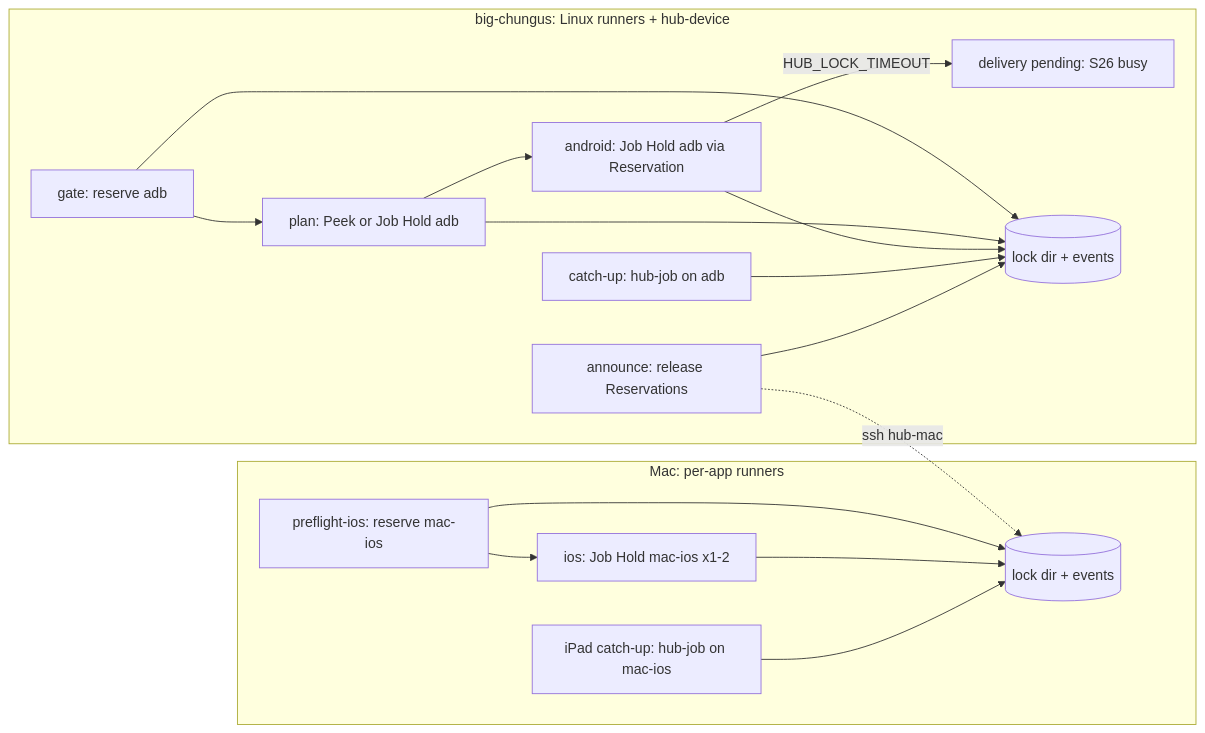
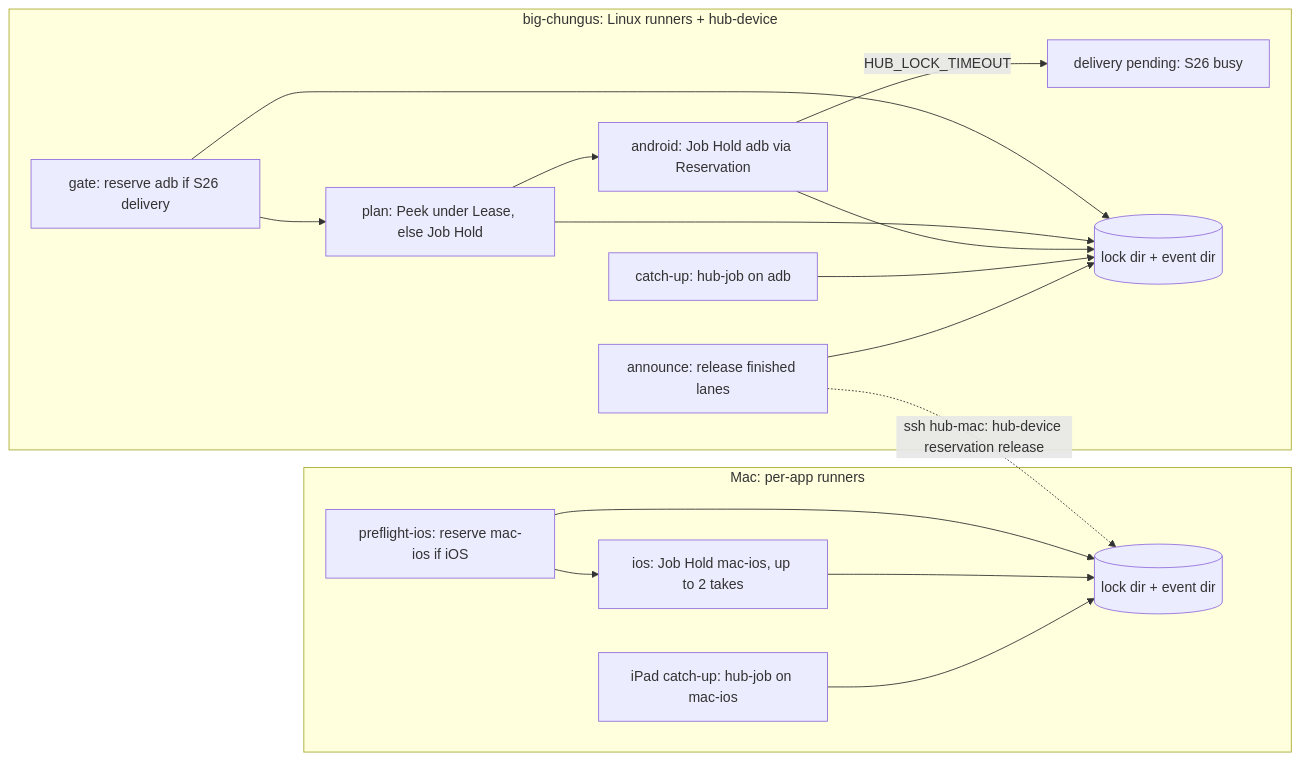
Before and after one commit to delorenj/mobile-deploy-hub: the second of 2 diagrams in _bmad-output/planning-artifacts/architecture/architecture-mobile-deploy-hub-v1a-2026-11-23/ARCHITECTURE-SPINE.md, drawn with Mermaid. The commit also changed other lines of this file and 1 other file, not shown here.

Commit message:
docs(arch): v1a spine final: reviewer gate fixes (AD-20 freeze set, AD-21 lane groups, reservation dirs, queueView, tombstone reclaim)

````diff
--- a/_bmad-output/planning-artifacts/architecture/architecture-mobile-deploy-hub-v1a-2026-11-23/ARCHITECTURE-SPINE.md
+++ b/_bmad-output/planning-artifacts/architecture/architecture-mobile-deploy-hub-v1a-2026-11-23/ARCHITECTURE-SPINE.md
@@ -302,19 +410,19 @@
 ```mermaid
 flowchart LR
-  subgraph big-chungus[big-chungus: Linux runners + hub-device]
-    G[gate: reserve adb] --> P[plan: Peek or Job Hold adb]
+  subgraph bc[big-chungus: Linux runners + hub-device]
+    G[gate: reserve adb if S26 delivery] --> P[plan: Peek under Lease, else Job Hold]
     P --> A[android: Job Hold adb via Reservation]
     A -->|HUB_LOCK_TIMEOUT| PEND[delivery pending: S26 busy]
     CU[catch-up: hub-job on adb]
-    AN[announce: release Reservations]
-    LDL[(lock dir + events)]
+    AN[announce: release finished lanes]
+    LDL[(lock dir + event dir)]
   end
   subgraph mac[Mac: per-app runners]
-    PF[preflight-ios: reserve mac-ios] --> I[ios: Job Hold mac-ios x1-2]
+    PF[preflight-ios: reserve mac-ios if iOS] --> I[ios: Job Hold mac-ios, up to 2 takes]
     CUM[iPad catch-up: hub-job on mac-ios]
-    LDM[(lock dir + events)]
+    LDM[(lock dir + event dir)]
   end
-  AN -. ssh hub-mac .-> LDM
+  AN -. ssh hub-mac: hub-device reservation release .-> LDM
   G & P & A & CU & AN --> LDL
   PF & I & CUM --> LDM
 ```
````
